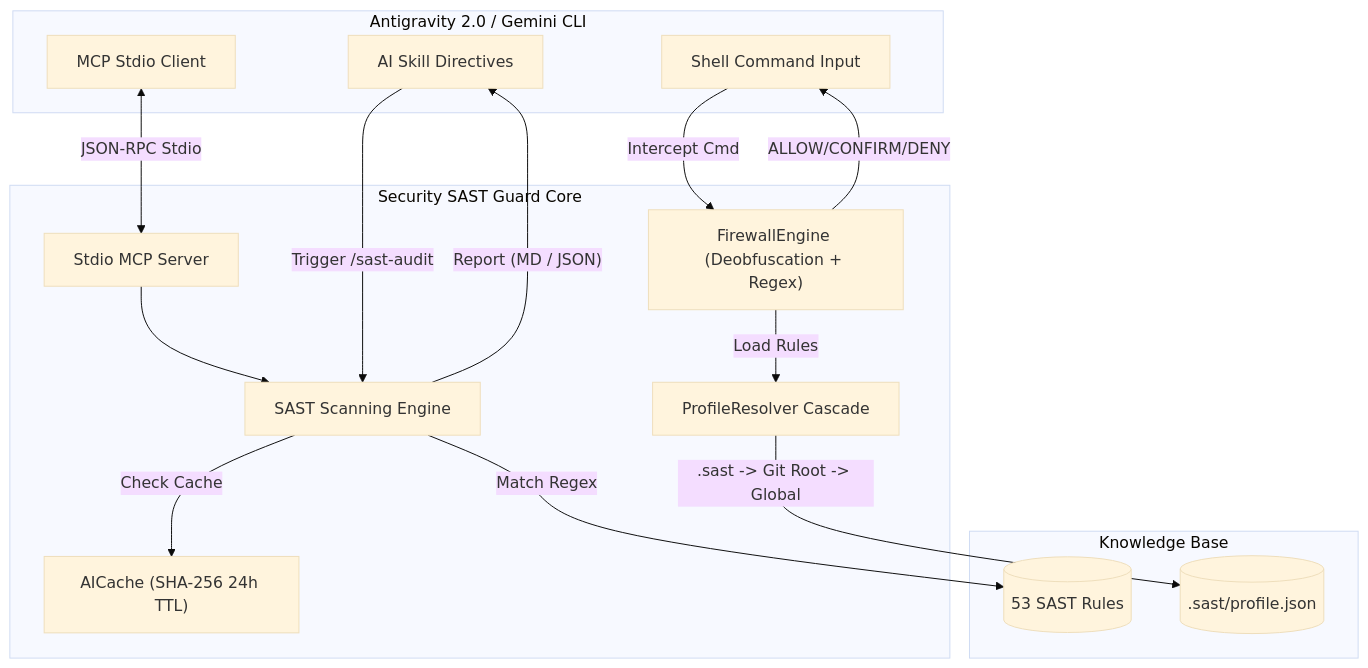
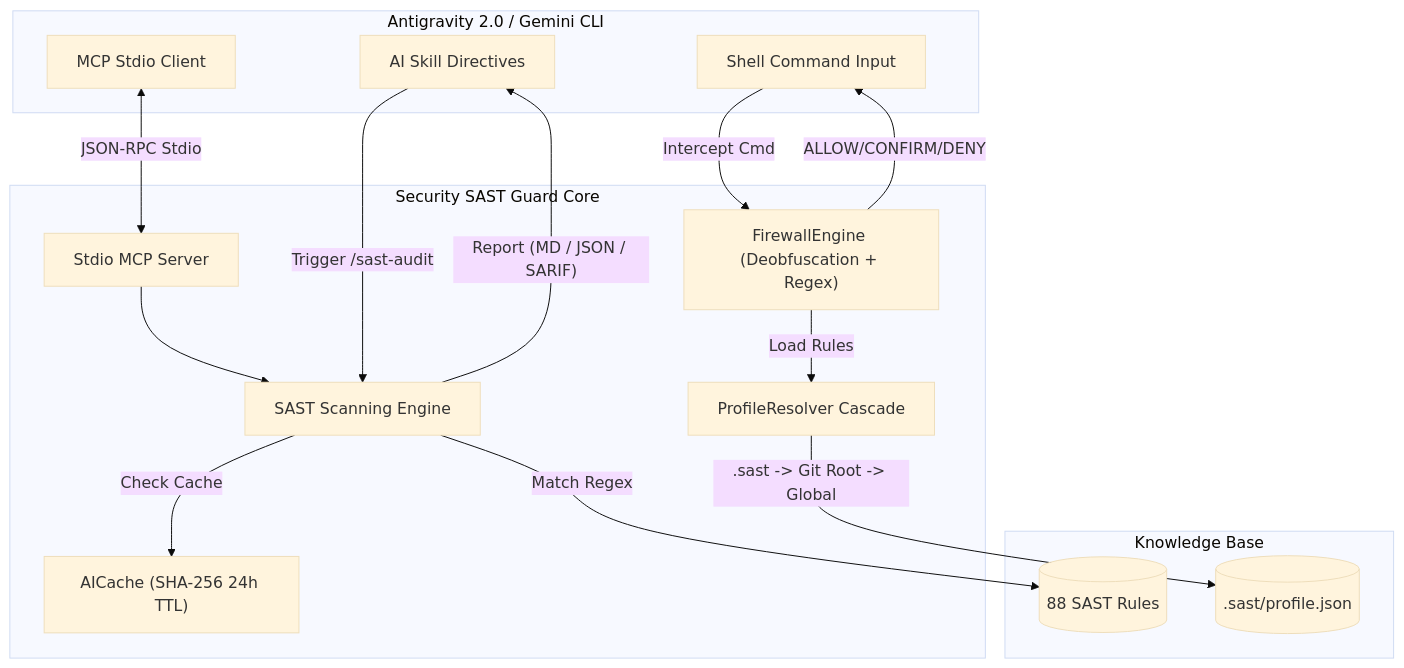
The diagram in README.md (nguyenduydan/security-sast-guard-plugin), drawn with Mermaid (base theme) before and after one commit. The commit also changed other lines of this file and 1 other file, not shown here.

Commit message:
docs(readme): streamline overview documentation and sync rule counts to 88

````diff
--- a/README.md
+++ b/README.md
@@ -102,35 +78,34 @@
 ```mermaid
 flowchart TD
     subgraph Client["Antigravity 2.0 / Gemini CLI"]
         UserCmd["Shell Command Input"]
         AISkill["AI Skill Directives"]
         MCPClient["MCP Stdio Client"]
     end
 
     subgraph SecurityGuard["Security SAST Guard Core"]
-
         Firewall["FirewallEngine (Deobfuscation + Regex)"]
         Scanner["SAST Scanning Engine"]
         MCPServer["Stdio MCP Server"]
         Resolver["ProfileResolver Cascade"]
         AICache["AICache (SHA-256 24h TTL)"]
     end
 
     subgraph Storage["Knowledge Base"]
-        RuleDB[("53 SAST Rules")]
+        RuleDB[("88 SAST Rules")]
         LocalProfile[(".sast/profile.json")]
     end
 
     UserCmd -->|"Intercept Cmd"| Firewall
     Firewall -->|"Load Rules"| Resolver
     Resolver -->|".sast -> Git Root -> Global"| LocalProfile
     Firewall -->|"ALLOW/CONFIRM/DENY"| UserCmd
 
     MCPClient <-->|"JSON-RPC Stdio"| MCPServer
     MCPServer --> Scanner
 
     AISkill -->|"Trigger /sast-audit"| Scanner
     Scanner -->|"Match Regex"| RuleDB
     Scanner -->|"Check Cache"| AICache
-    Scanner -->|"Report (MD / JSON)"| AISkill
+    Scanner -->|"Report (MD / JSON / SARIF)"| AISkill
 ```
````
